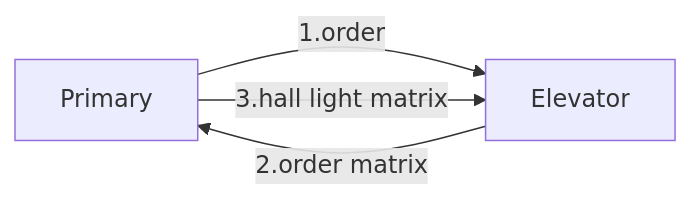
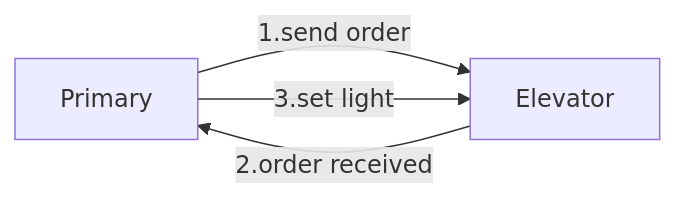
One commit to SondreHauk/TTK4145-Sanntid changed the second of 2 diagrams in README.md. Above: the diagram before and after it, drawn with Mermaid. The commit also changed other lines of this file, not shown here.

````diff
--- a/README.md
+++ b/README.md
@@ -48,6 +48,6 @@
 ```mermaid
 graph LR;
-    Primary -- 1.order --> Elevator;
-    Elevator -- 2.order matrix --> Primary;
-    Primary -- 3.hall light matrix --> Elevator;
+    Primary -- 1.send order --> Elevator;
+    Primary -- 3.set light --> Elevator;
+    Elevator -- 2.order received --> Primary;
 ```
````
